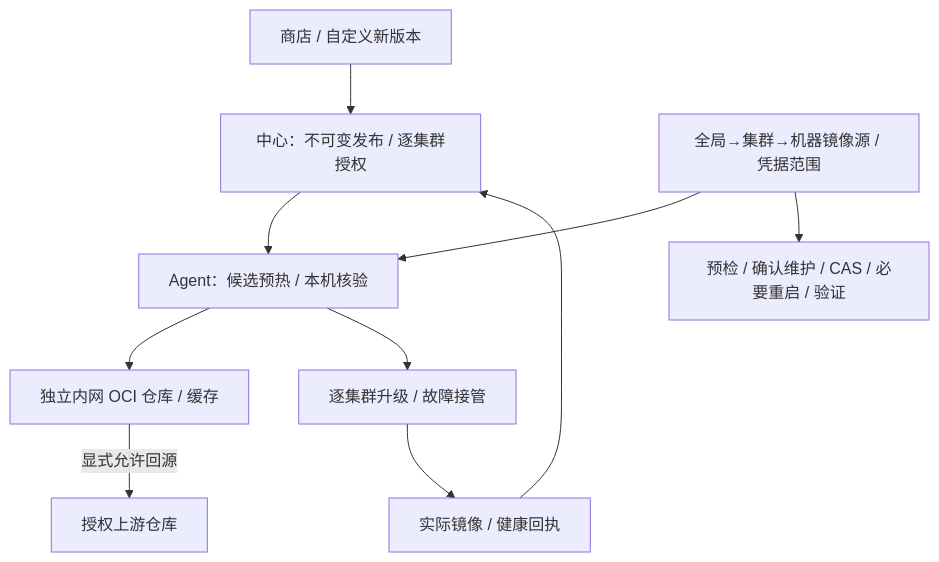
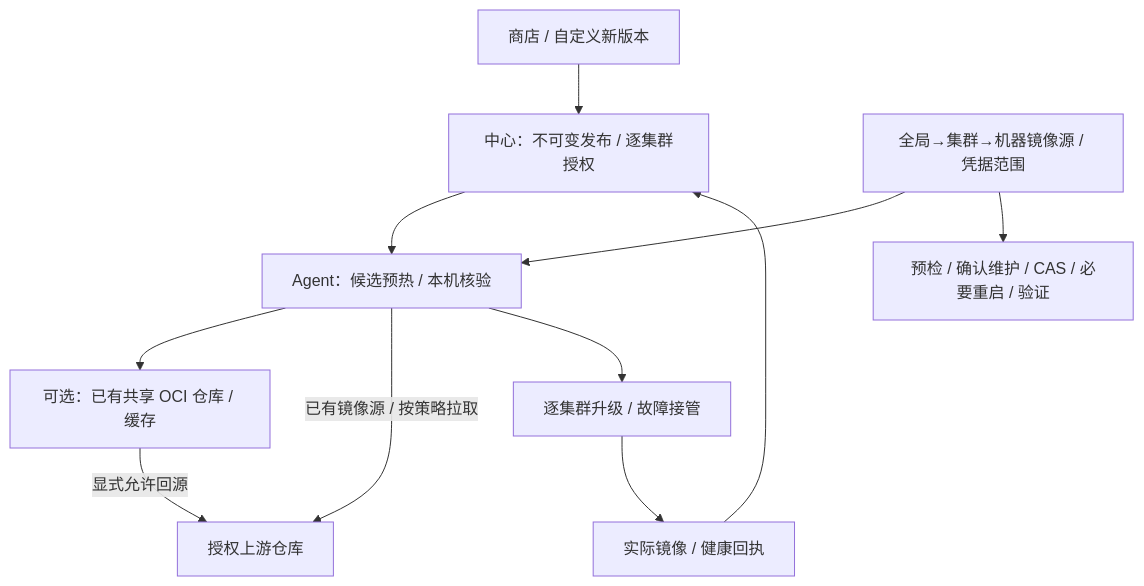
Diagram 26 of 26 in docs/system-design.md (workhold/lightmoni), drawn with Mermaid before and after one commit. The commit also changed other lines of this file and 12 other files, not shown here.

````diff
--- a/docs/system-design.md
+++ b/docs/system-design.md
@@ -1528,12 +1528,13 @@
 ```mermaid
 flowchart TB
   sources["商店 / 自定义新版本"] --> release["中心：不可变发布 / 逐集群授权"]
   release --> prepare["Agent：候选预热 / 本机核验"]
   profiles["全局→集群→机器镜像源 / 凭据范围"] --> prepare
-  prepare --> cache["独立内网 OCI 仓库 / 缓存"]
-  cache -->|显式允许回源| upstream["授权上游仓库"]
+  prepare --> cache["可选：已有共享 OCI 仓库 / 缓存"]
+  prepare -->|已有镜像源 / 按策略拉取| upstream["授权上游仓库"]
+  cache -->|显式允许回源| upstream
   prepare --> rollout["逐集群升级 / 故障接管"]
   rollout --> health["实际镜像 / 健康回执"]
   health --> release
   profiles --> maintenance["预检 / 确认维护 / CAS / 必要重启 / 验证"]
 ```
````
